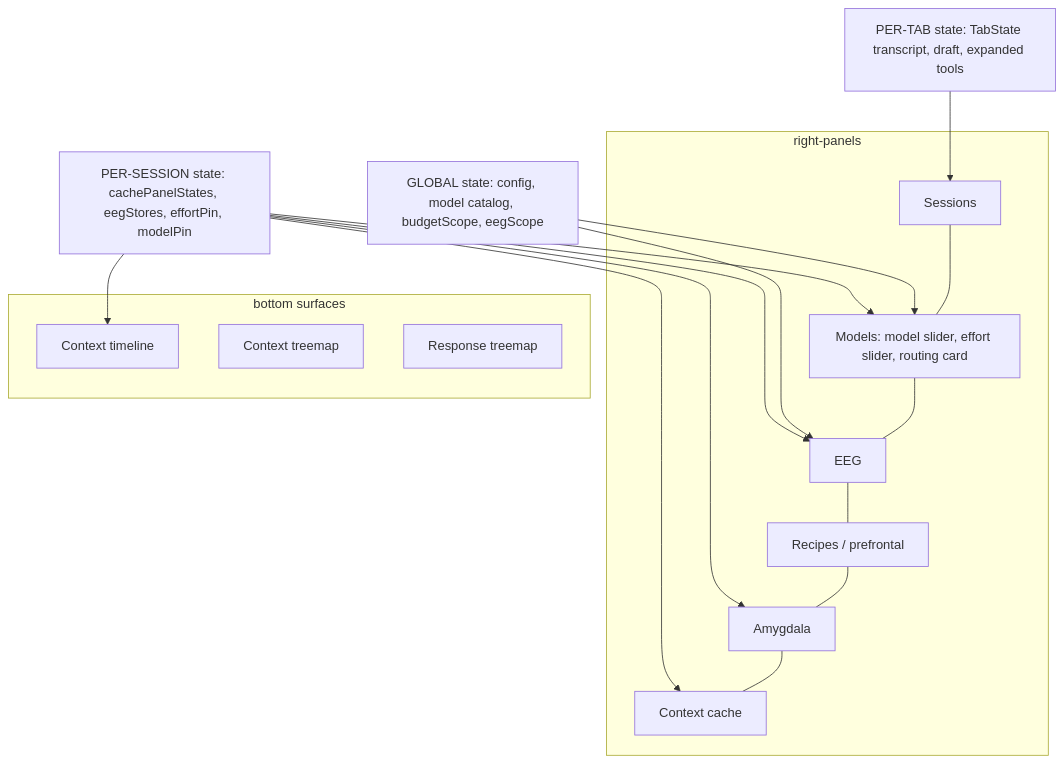
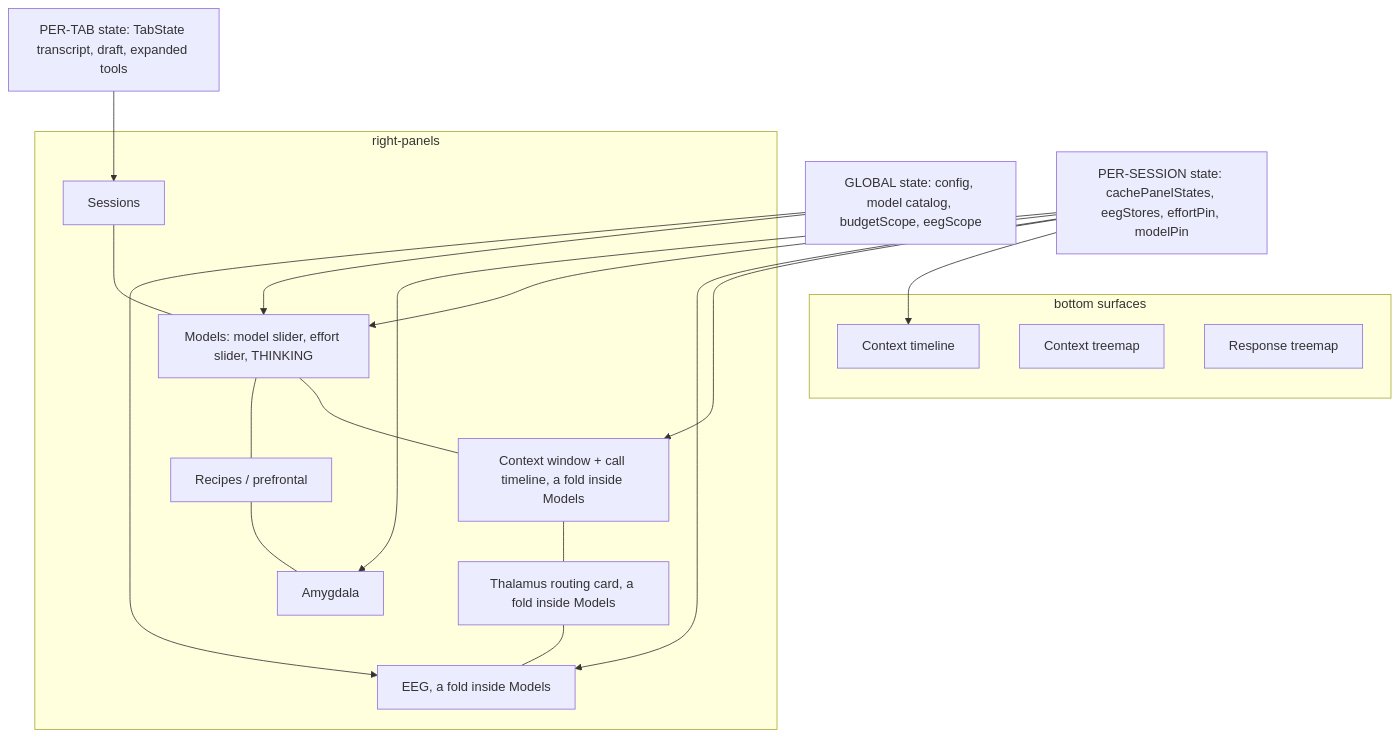
Before and after one commit to globalcaos/tinkerclaw: the first of 3 diagrams in TINKER_UI_DESIGN_BIBLE/right-rail-interaction.md, drawn with Mermaid. The commit also changed other lines of this file and 2106 other files, not shown here.

````diff
--- a/TINKER_UI_DESIGN_BIBLE/right-rail-interaction.md
+++ b/TINKER_UI_DESIGN_BIBLE/right-rail-interaction.md
@@ -64,26 +65,27 @@
 ```mermaid
 flowchart TB
   subgraph RAIL[right-panels]
-    S[Sessions] --- M[Models: model slider, effort slider, routing card]
-    M --- E[EEG]
-    E --- P[Recipes / prefrontal]
+    S[Sessions] --- M[Models: model slider, effort slider, THINKING]
+    M --- C[Context window + call timeline, a fold inside Models]
+    C --- TH[Thalamus routing card, a fold inside Models]
+    TH --- E[EEG, a fold inside Models]
+    M --- P[Recipes / prefrontal]
     P --- A[Amygdala]
-    A --- C[Context cache]
   end
   subgraph BOTTOM[bottom surfaces]
     T[Context timeline]
     TM[Context treemap]
     RM[Response treemap]
   end
   GLOBAL[GLOBAL state: config, model catalog, budgetScope, eegScope]
   PERSESSION[PER-SESSION state: cachePanelStates, eegStores, effortPin, modelPin]
   PERTAB[PER-TAB state: TabState transcript, draft, expanded tools]
   GLOBAL --> M
   GLOBAL --> E
   PERSESSION --> C
   PERSESSION --> E
   PERSESSION --> M
   PERTAB --> S
   PERSESSION --> A
   PERSESSION --> T
 ```
````
